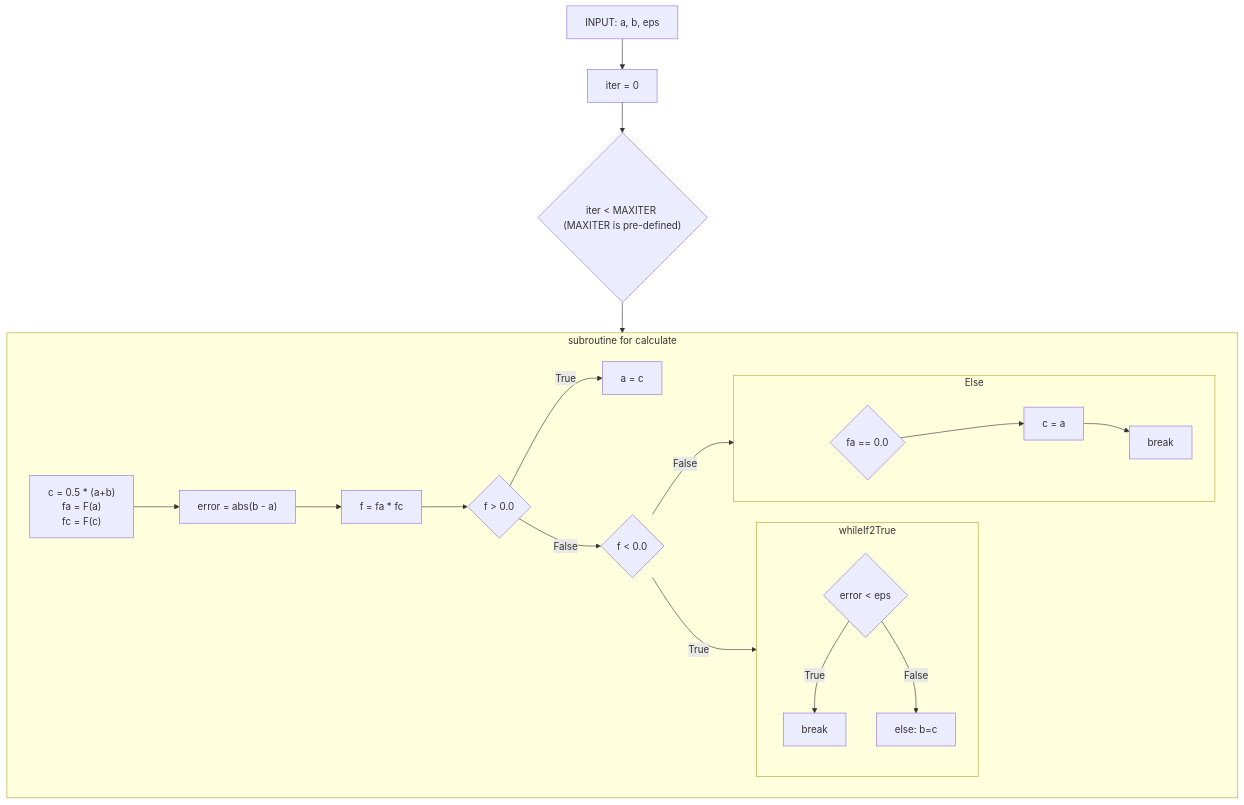
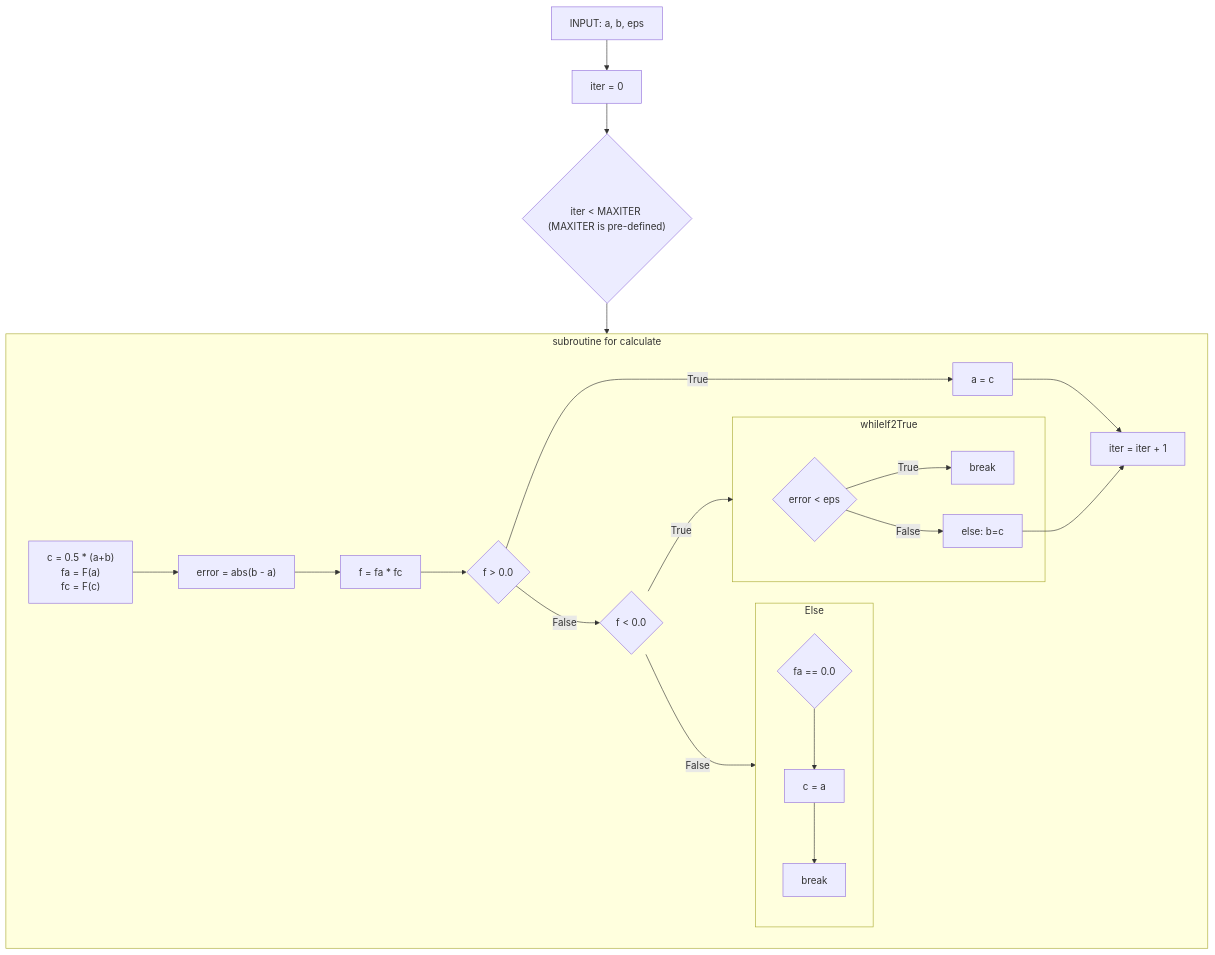
Before and after one commit to jsk0910/numerical_analysis: the diagram in Non-linear Equations/README.md, drawn with Mermaid.

````diff
--- a/Non-linear Equations/README.md
+++ b/Non-linear Equations/README.md
@@ -26,28 +26,30 @@
 ```mermaid
 flowchart TD;
     INPUT["INPUT: a, b, eps"] --> A
     A["iter = 0"] --> whileif
     whileif{"iter < MAXITER (MAXITER is pre-defined)"} --> while
     subgraph while ["subroutine for calculate"]
         whileB["c = 0.5 * (a+b)\n fa = F(a)\n fc = F(c)"] --> whileE
         whileE["error = abs(b - a)"] --> whileF
         whileF["f = fa * fc"] --> whileIf1
         whileIf1{"f > 0.0"} -- "True" --> whileIf1True
         whileIf1True["a = c"]
         whileIf1 -- "False" --> whileIf2
         whileIf2{"f < 0.0"} -- "True" --> whileIf2True
         subgraph whileIf2True
             if1{"error < eps"} -- "True" --> break["break"]
             if1 -- "False" --> else
             else["else: b=c"]
         end
         whileIf2 -- "False" --> Else
         subgraph Else
             if2{"fa == 0.0"} --> change
             change["c = a"]
             change --> b
             b["break"]
         end
-        Else --> b
+        iter["iter = iter + 1"]
+        whileIf1True --> iter
+        else --> iter
     end
 ```
````
